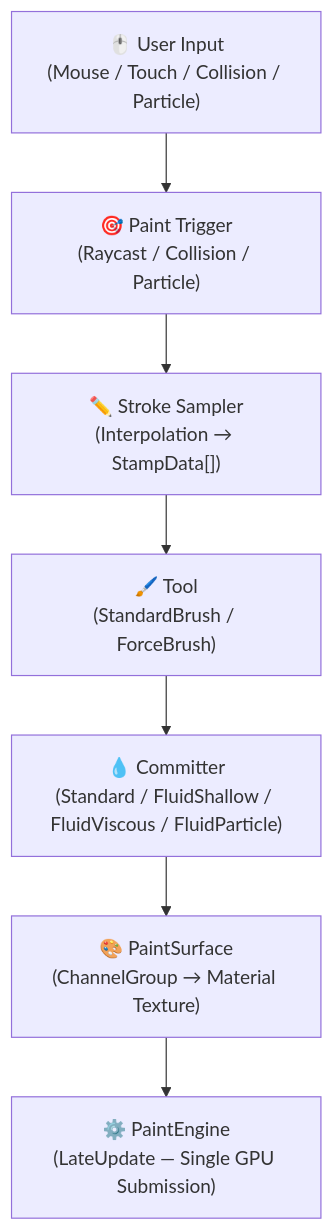
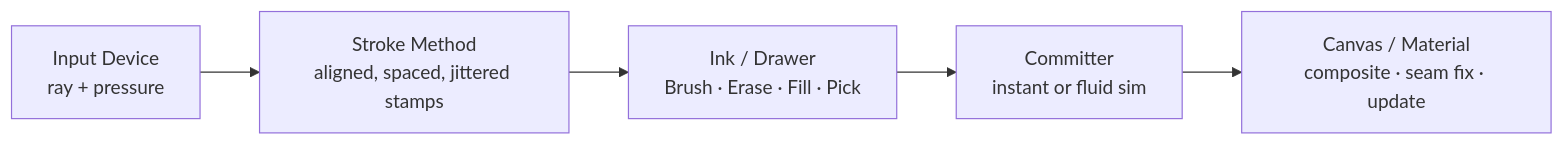
One commit to deepwavegame/deepwavegame.github.io changed the diagram in docs/tools/simple-painter/architecture.md. Above: the diagram before and after it, drawn with Mermaid. The commit also changed other lines of this file and 74 other files, not shown here.

````diff
--- a/docs/tools/simple-painter/architecture.md
+++ b/docs/tools/simple-painter/architecture.md
@@ -115,10 +22,7 @@
 ```mermaid
-graph TD
-    A["🖱️ User Input<br/>(Mouse / Touch / Collision / Particle)"] --> B
-    B["🎯 Paint Trigger<br/>(Raycast / Collision / Particle)"] --> C
-    C["✏️ Stroke Sampler<br/>(Interpolation → StampData[])"] --> D
-    D["🖌️ Tool<br/>(StandardBrush / ForceBrush)"] --> E
-    E["💧 Committer<br/>(Standard / FluidShallow / FluidViscous / FluidParticle)"] --> F
-    F["🎨 PaintSurface<br/>(ChannelGroup → Material Texture)"] --> G
-    G["⚙️ PaintEngine<br/>(LateUpdate — Single GPU Submission)"]
+graph LR
+    A["Input Device<br/>ray + pressure"] --> B["Stroke Method<br/>aligned, spaced, jittered stamps"]
+    B --> C["Ink / Drawer<br/>Brush · Erase · Fill · Pick"]
+    C --> D["Committer<br/>instant or fluid sim"]
+    D --> E["Canvas / Material<br/>composite · seam fix · update"]
 ```
````
